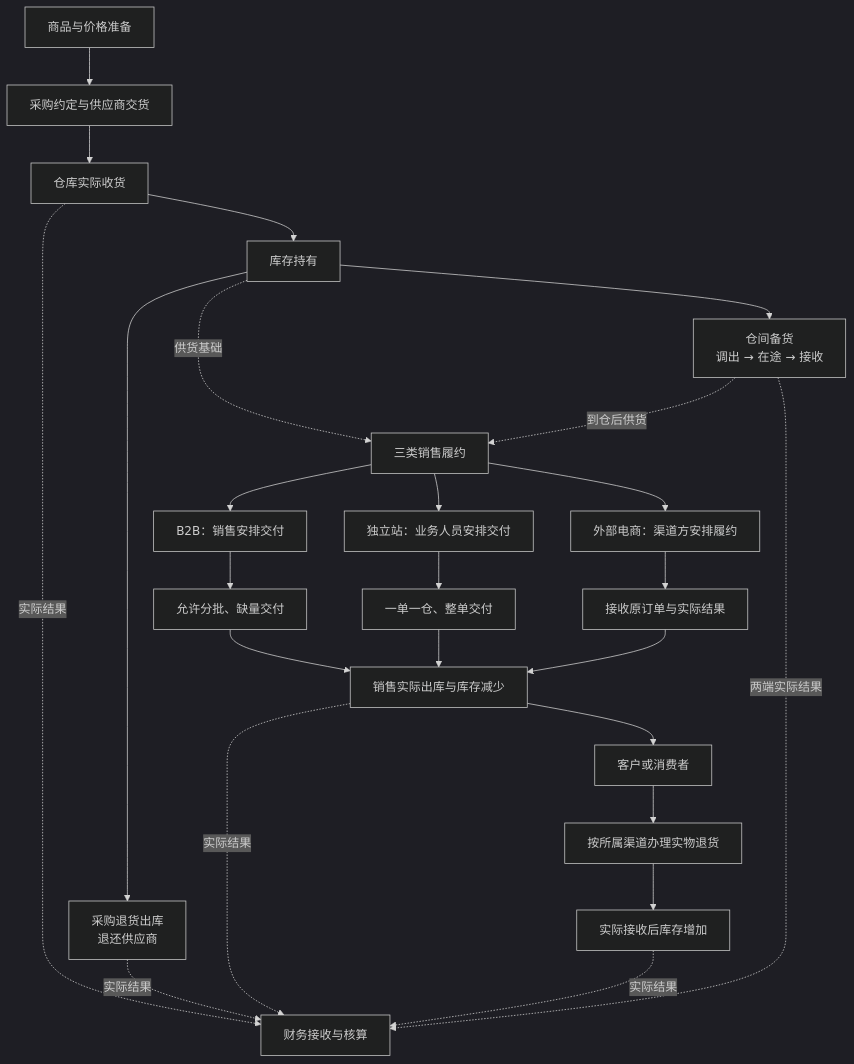
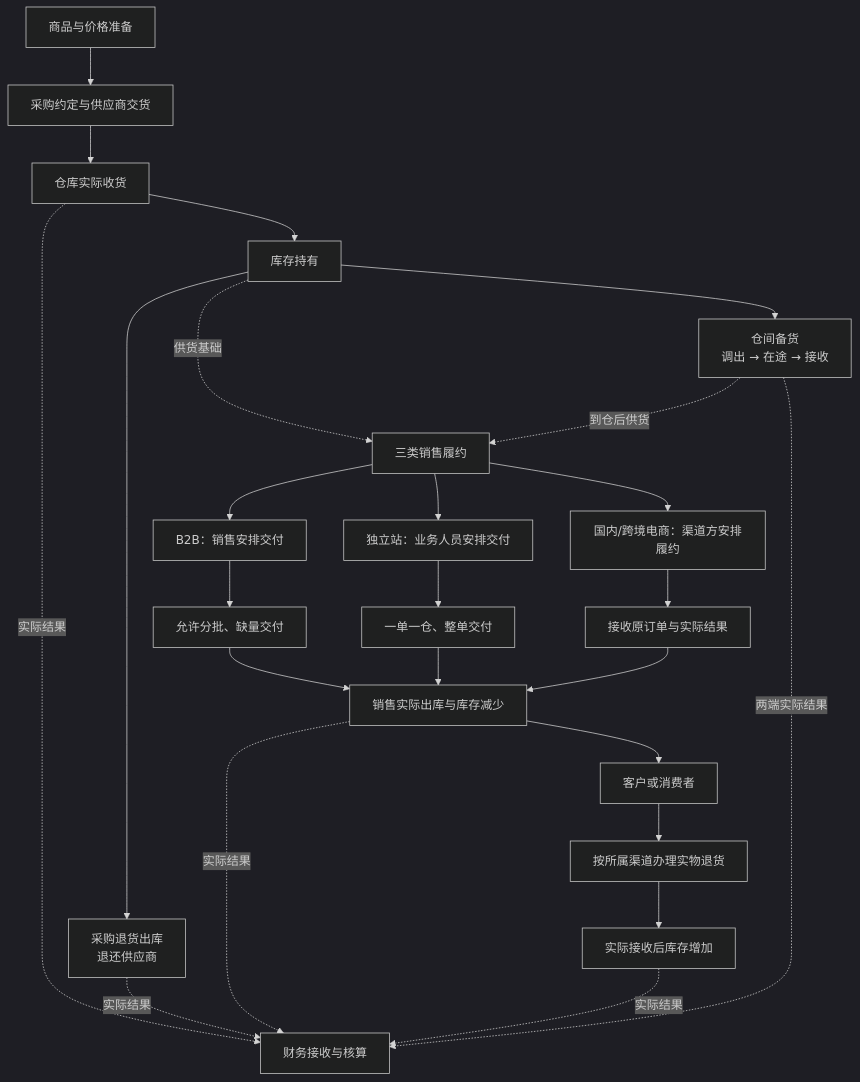
Before and after one commit to TopVitamin/QS-ERP-Project: the diagram in 03-业务分析和设计/00-业务蓝图.md, drawn with Mermaid (dark theme). The commit also changed other lines of this file and 451 other files, not shown here.

````diff
--- a/03-业务分析和设计/00-业务蓝图.md
+++ b/03-业务分析和设计/00-业务蓝图.md
@@ -20,27 +22,27 @@
 ```mermaid
 flowchart TB
     A[商品与价格准备] --> B[采购约定与供应商交货]
     B --> C[仓库实际收货]
     C --> D[库存持有]
     D --> E[仓间备货<br/>调出 → 在途 → 接收]
     D --> R[采购退货出库<br/>退还供应商]
     D -.供货基础.-> S[三类销售履约]
     E -.到仓后供货.-> S
     S --> B1[B2B：销售安排交付]
     S --> S1[独立站：业务人员安排交付]
-    S --> T1[外部电商：渠道方安排履约]
+    S --> T1[国内/跨境电商：渠道方安排履约]
     B1 --> B2[允许分批、缺量交付]
     S1 --> S2[一单一仓、整单交付]
     T1 --> T2[接收原订单与实际结果]
     B2 --> O[销售实际出库与库存减少]
     S2 --> O
     T2 --> O
     O --> U[客户或消费者]
     U --> V[按所属渠道办理实物退货]
     V --> W[实际接收后库存增加]
     C -.实际结果.-> F[财务接收与核算]
     R -.实际结果.-> F
     O -.实际结果.-> F
     W -.实际结果.-> F
     E -.两端实际结果.-> F
 ```
````
